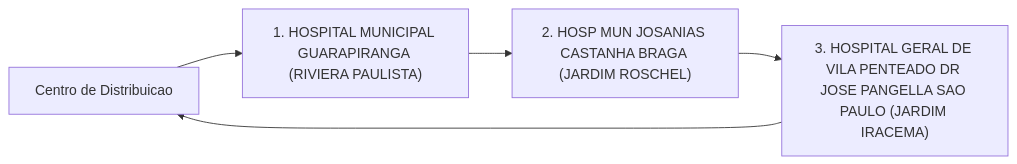
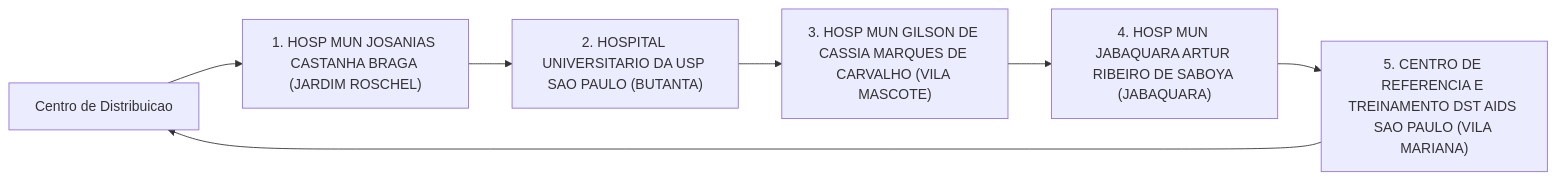
The fifth of 11 diagrams in tsp/output/instrucoes_motoristas.md (victorldomingues/pos_fiap_ia_fase2_tech_challenge), drawn with Mermaid before and after one commit. The commit also changed other lines of this file and 6 other files, not shown here.

````diff
--- a/tsp/output/instrucoes_motoristas.md
+++ b/tsp/output/instrucoes_motoristas.md
@@ -319,11 +307,15 @@
 ```mermaid
 flowchart LR
     deposito["Centro de Distribuicao"]
-    parada_1["1. HOSPITAL MUNICIPAL GUARAPIRANGA (RIVIERA PAULISTA)"]
+    parada_1["1. HOSP MUN JOSANIAS CASTANHA BRAGA (JARDIM ROSCHEL)"]
     deposito --> parada_1
-    parada_2["2. HOSP MUN JOSANIAS CASTANHA BRAGA (JARDIM ROSCHEL)"]
+    parada_2["2. HOSPITAL UNIVERSITARIO DA USP SAO PAULO (BUTANTA)"]
     parada_1 --> parada_2
-    parada_3["3. HOSPITAL GERAL DE VILA PENTEADO DR JOSE PANGELLA SAO PAULO (JARDIM IRACEMA)"]
+    parada_3["3. HOSP MUN GILSON DE CASSIA MARQUES DE CARVALHO (VILA MASCOTE)"]
     parada_2 --> parada_3
-    parada_3 --> deposito
+    parada_4["4. HOSP MUN JABAQUARA ARTUR RIBEIRO DE SABOYA (JABAQUARA)"]
+    parada_3 --> parada_4
+    parada_5["5. CENTRO DE REFERENCIA E TREINAMENTO DST AIDS SAO PAULO (VILA MARIANA)"]
+    parada_4 --> parada_5
+    parada_5 --> deposito
 ```
````
